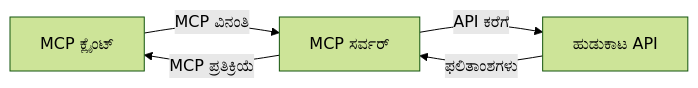
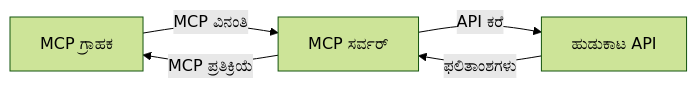
One commit to microsoft/mcp-for-beginners changed the second of 4 diagrams in translations/kn/05-AdvancedTopics/mcp-realtimesearch/README.md. Above: the diagram before and after it, drawn with Mermaid (forest theme). The commit also changed other lines of this file and 112 other files, not shown here.

````diff
--- a/translations/kn/05-AdvancedTopics/mcp-realtimesearch/README.md
+++ b/translations/kn/05-AdvancedTopics/mcp-realtimesearch/README.md
@@ -598,7 +600,7 @@
 ```mermaid
 graph LR
-    Client[MCP ಕ್ಲೈಂಟ್] --> |MCP ವಿನಂತಿ| Server[MCP ಸರ್ವರ್]
-    Server --> |API ಕರೆಗೆ| SearchAPI[ಹುಡುಕಾಟ API]
+    Client[MCP ಗ್ರಾಹಕ] --> |MCP ವಿನಂತಿ| Server[MCP ಸರ್ವರ್]
+    Server --> |API ಕರೆ| SearchAPI[ಹುಡುಕಾಟ API]
     SearchAPI --> |ಫಲಿತಾಂಶಗಳು| Server
     Server --> |MCP ಪ್ರತಿಕ್ರಿಯೆ| Client
 ```
````
